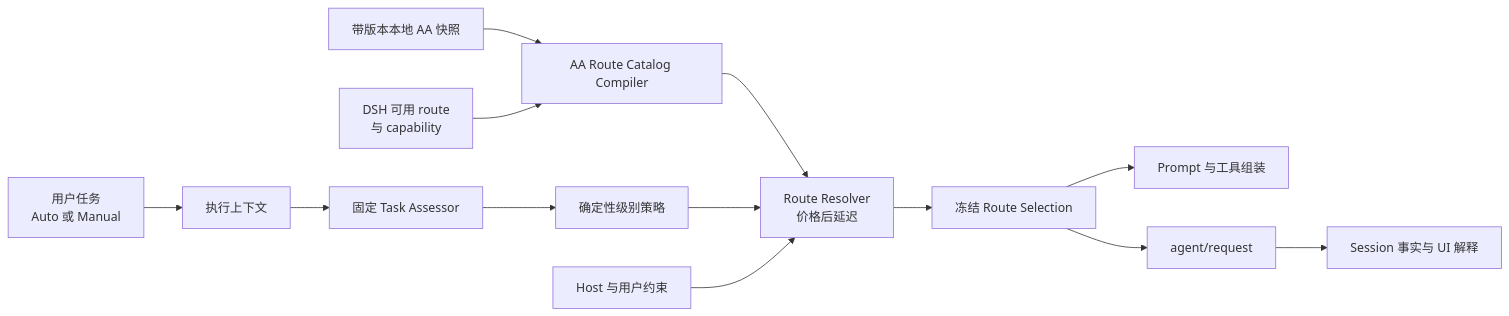
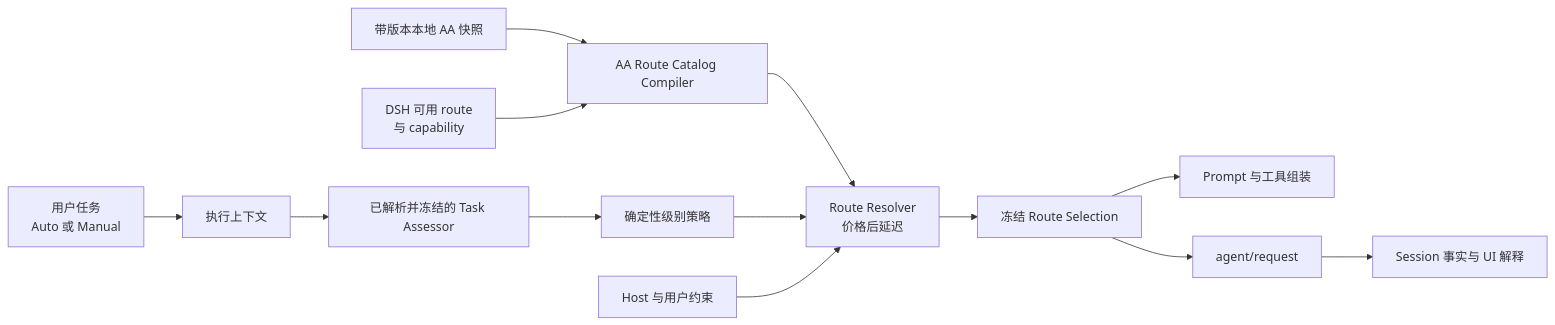
One commit to cloudman6/dsh-auto-mode changed the diagram in docs/zh-CN/architecture.md. Above: the diagram before and after it, drawn with Mermaid. The commit also changed other lines of this file and 21 other files, not shown here.

````diff
--- a/docs/zh-CN/architecture.md
+++ b/docs/zh-CN/architecture.md
@@ -28,15 +28,15 @@
 ```mermaid
 flowchart LR
     U["用户任务\nAuto 或 Manual"] --> X["执行上下文"]
-    X --> A["固定 Task Assessor"]
+    X --> A["已解析并冻结的 Task Assessor"]
     A --> P["确定性级别策略"]
     S["带版本本地 AA 快照"] --> C["AA Route Catalog Compiler"]
     D["DSH 可用 route\n与 capability"] --> C
     C --> R["Route Resolver\n价格后延迟"]
     P --> R
     H["Host 与用户约束"] --> R
     R --> F["冻结 Route Selection"]
     F --> M["Prompt 与工具组装"]
     F --> Q["agent/request"]
     Q --> E["Session 事实与 UI 解释"]
 ```
````
